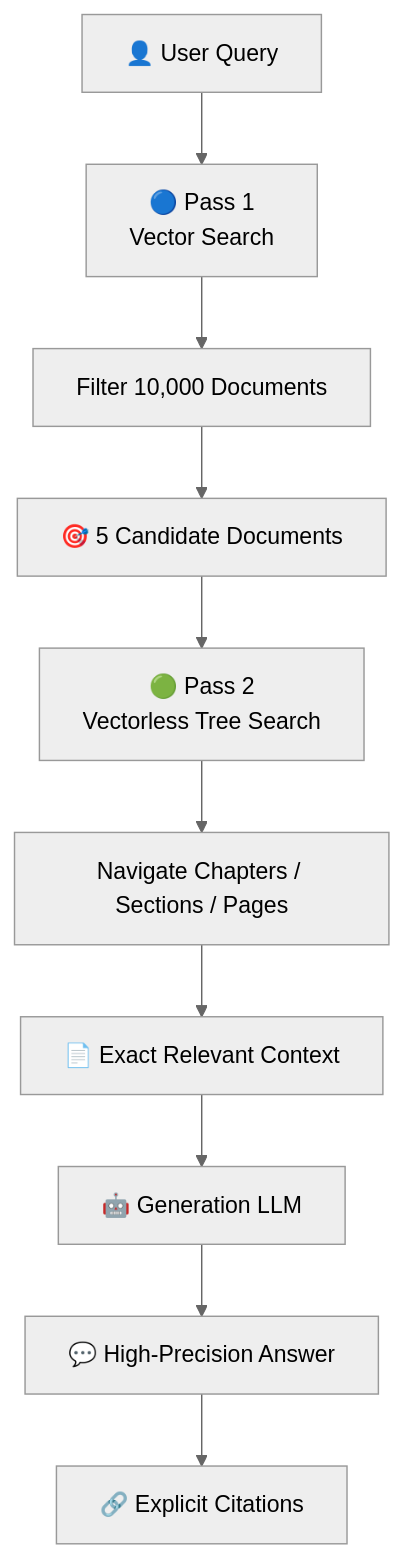
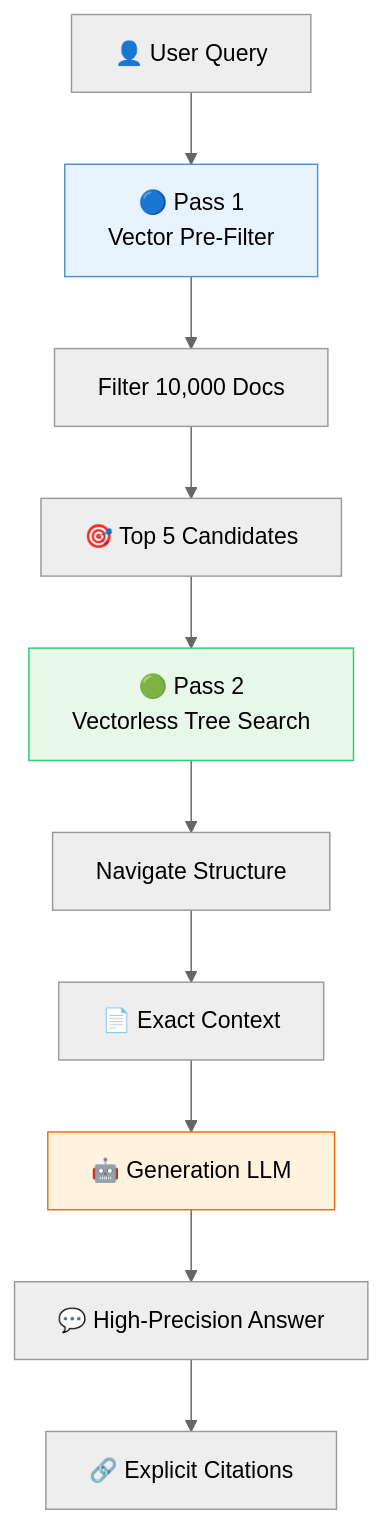
The sixth of 12 diagrams in Lecture 18 - Vectorless RAG and LLM Wiki/notes/06_system_comparison_hybrid_rag.md (Amie-dev/FDE-and-GenAI-Mastery), drawn with Mermaid (neutral theme) before and after one commit. The commit also changed other lines of this file and 6 other files, not shown here.

First line of the commit message:
Enhance Lecture 18 notes on Vectorless RAG and LLM Wiki

````diff
--- a/Lecture 18 - Vectorless RAG and LLM Wiki/notes/06_system_comparison_hybrid_rag.md
+++ b/Lecture 18 - Vectorless RAG and LLM Wiki/notes/06_system_comparison_hybrid_rag.md
@@ -239,23 +285,17 @@
 ```mermaid
 flowchart TD
+    Q["👤 User Query"]
+    Q --> VECTOR["🔵 Pass 1<br/>Vector Pre-Filter"]
+    VECTOR --> FILTER["Filter 10,000 Docs"]
+    FILTER --> CANDIDATES["🎯 Top 5 Candidates"]
+    CANDIDATES --> TREE["🟢 Pass 2<br/>Vectorless Tree Search"]
+    TREE --> NAV["Navigate Structure"]
+    NAV --> EXACT["📄 Exact Context"]
+    EXACT --> LLM["🤖 Generation LLM"]
+    LLM --> ANSWER["💬 High-Precision Answer"]
+    ANSWER --> CITE["🔗 Explicit Citations"]
 
-    Q["👤 User Query"]
-
-    Q --> VECTOR["🔵 Pass 1<br/>Vector Search"]
-
-    VECTOR --> FILTER["Filter 10,000 Documents"]
-
-    FILTER --> CANDIDATES["🎯 5 Candidate Documents"]
-
-    CANDIDATES --> TREE["🟢 Pass 2<br/>Vectorless Tree Search"]
-
-    TREE --> NAV["Navigate Chapters / Sections / Pages"]
-
-    NAV --> EXACT["📄 Exact Relevant Context"]
-
-    EXACT --> LLM["🤖 Generation LLM"]
-
-    LLM --> ANSWER["💬 High-Precision Answer"]
-
-    ANSWER --> CITE["🔗 Explicit Citations"]
+    style VECTOR fill:#e8f4fd,stroke:#4a90d2
+    style TREE fill:#e8f8e8,stroke:#2ecc71
+    style LLM fill:#fff3e0,stroke:#ef6c00
 ```
````
